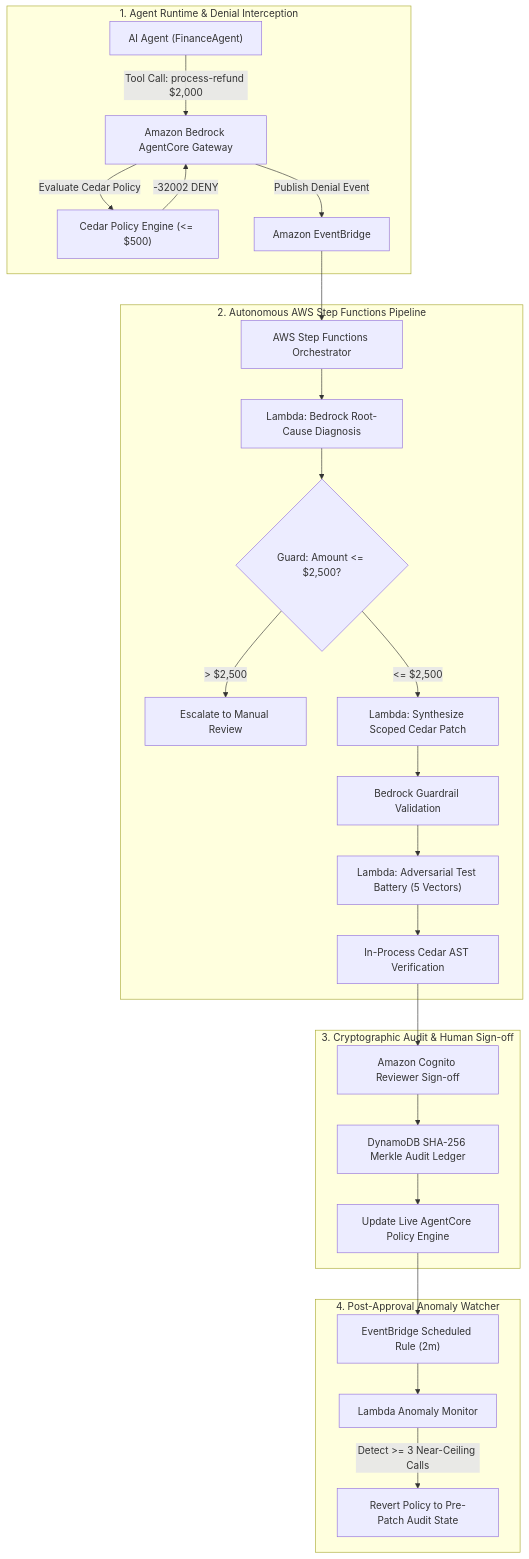
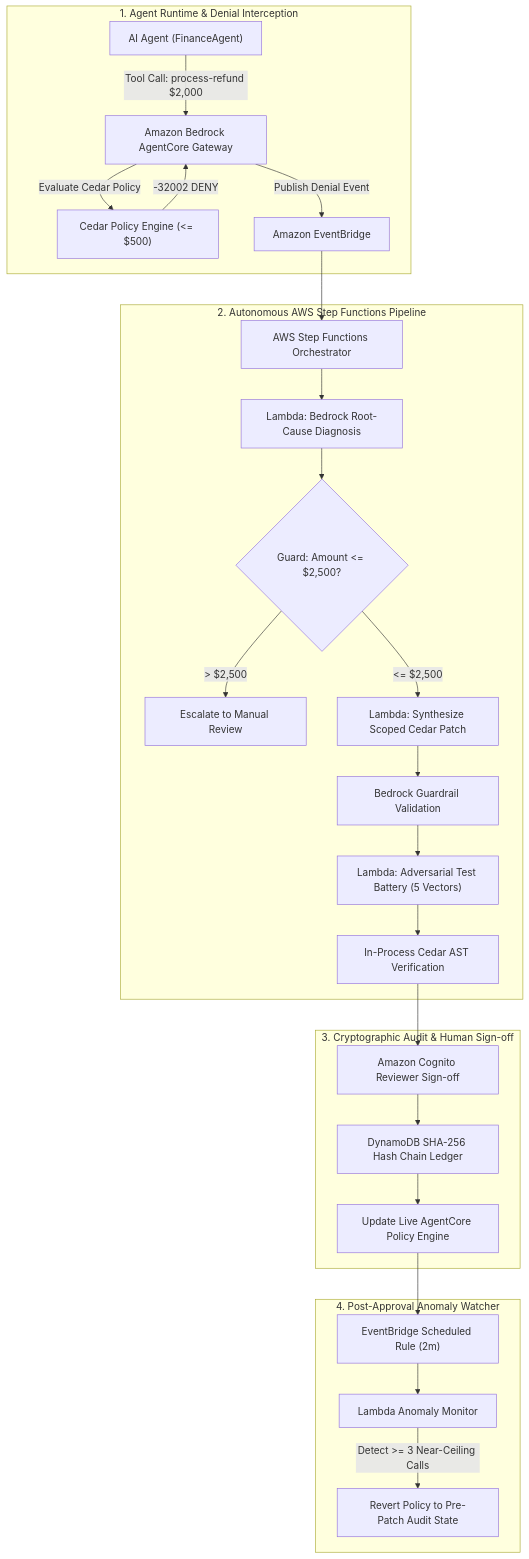
Before and after one commit to cyber-del/CedarShield: the diagram in README.md, drawn with Mermaid. The commit also changed other lines of this file and 1 other file, not shown here.

Commit message:
docs: refine threat model with exact role ARN, hash chain note, and realistic rollback timing

````diff
--- a/README.md
+++ b/README.md
@@ -47,32 +47,32 @@
 ```mermaid
 flowchart TD
     subgraph Execution["1. Agent Runtime & Denial Interception"]
         Agent["AI Agent (FinanceAgent)"] -->|Tool Call: process-refund $2,000| Gateway["Amazon Bedrock AgentCore Gateway"]
         Gateway -->|Evaluate Cedar Policy| Cedar["Cedar Policy Engine (<= $500)"]
         Cedar -->|-32002 DENY| Gateway
         Gateway -->|Publish Denial Event| EB["Amazon EventBridge"]
     end
 
     subgraph Remediation["2. Autonomous AWS Step Functions Pipeline"]
         EB --> SFN["AWS Step Functions Orchestrator"]
         SFN --> D1["Lambda: Bedrock Root-Cause Diagnosis"]
         D1 --> CG{"Guard: Amount <= $2,500?"}
         CG -- "> $2,500" --> MR["Escalate to Manual Review"]
         CG -- "<= $2,500" --> PS["Lambda: Synthesize Scoped Cedar Patch"]
         PS --> BG["Bedrock Guardrail Validation"]
         BG --> AB["Lambda: Adversarial Test Battery (5 Vectors)"]
         AB --> IV["In-Process Cedar AST Verification"]
     end
 
     subgraph Governance["3. Cryptographic Audit & Human Sign-off"]
         IV --> COG["Amazon Cognito Reviewer Sign-off"]
-        COG --> DDB["DynamoDB SHA-256 Merkle Audit Ledger"]
+        COG --> DDB["DynamoDB SHA-256 Hash Chain Ledger"]
         DDB --> LIVE_UPDATE["Update Live AgentCore Policy Engine"]
     end
 
     subgraph Rollback["4. Post-Approval Anomaly Watcher"]
         LIVE_UPDATE --> CRON["EventBridge Scheduled Rule (2m)"]
         CRON --> MON["Lambda Anomaly Monitor"]
         MON -->|Detect >= 3 Near-Ceiling Calls| REVERT["Revert Policy to Pre-Patch Audit State"]
     end
 ```
````
